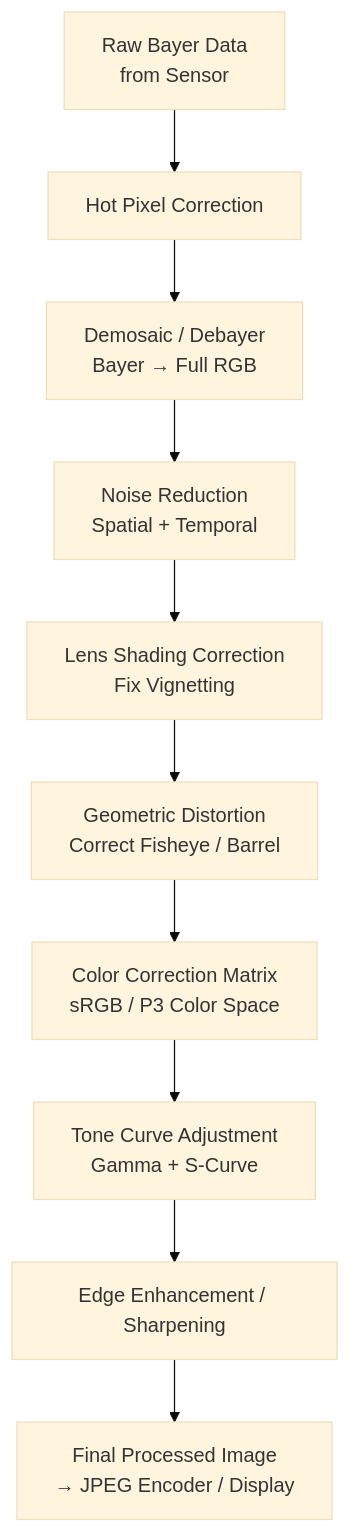
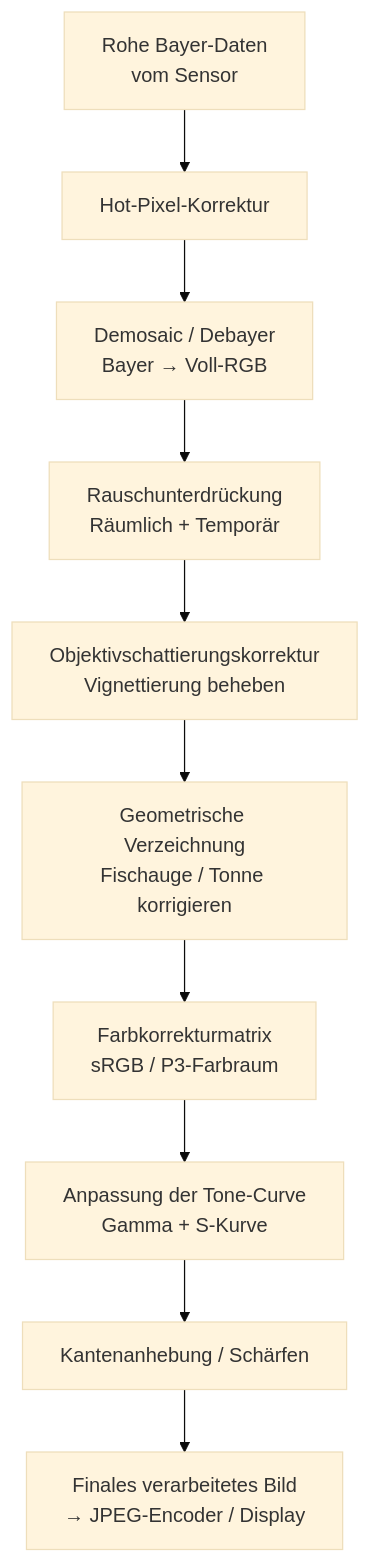
The third of 5 diagrams in website/i18n/de/docusaurus-plugin-content-docs/current/camera2/understanding-smartphone-cameras.md (zoozooll/AndroidCameraParameters), drawn with Mermaid (base theme) before and after one commit. The commit also changed other lines of this file and 378 other files, not shown here.

````diff
--- a/website/i18n/de/docusaurus-plugin-content-docs/current/camera2/understanding-smartphone-cameras.md
+++ b/website/i18n/de/docusaurus-plugin-content-docs/current/camera2/understanding-smartphone-cameras.md
@@ -141,12 +141,12 @@
 ```mermaid
 flowchart TD
-    A[Raw Bayer Data\nfrom Sensor] --> B[Hot Pixel Correction]
-    B --> C[Demosaic / Debayer\nBayer → Full RGB]
-    C --> D[Noise Reduction\nSpatial + Temporal]
-    D --> E[Lens Shading Correction\nFix Vignetting]
-    E --> F[Geometric Distortion\nCorrect Fisheye / Barrel]
-    F --> G[Color Correction Matrix\nsRGB / P3 Color Space]
-    G --> H[Tone Curve Adjustment\nGamma + S-Curve]
-    H --> I[Edge Enhancement / Sharpening]
-    I --> J[Final Processed Image\n→ JPEG Encoder / Display]
+    A["Rohe Bayer-Daten<br/>vom Sensor"] --> B["Hot-Pixel-Korrektur"]
+    B --> C[Demosaic / Debayer<br/>Bayer → Voll-RGB]
+    C --> D[Rauschunterdrückung<br/>Räumlich + Temporär]
+    D --> E[Objektivschattierungskorrektur<br/>Vignettierung beheben]
+    E --> F[Geometrische Verzeichnung<br/>Fischauge / Tonne korrigieren]
+    F --> G[Farbkorrekturmatrix<br/>sRGB / P3-Farbraum]
+    G --> H[Anpassung der Tone-Curve<br/>Gamma + S-Kurve]
+    H --> I[Kantenanhebung / Schärfen]
+    I --> J[Finales verarbeitetes Bild<br/>→ JPEG-Encoder / Display]
 ```
````
